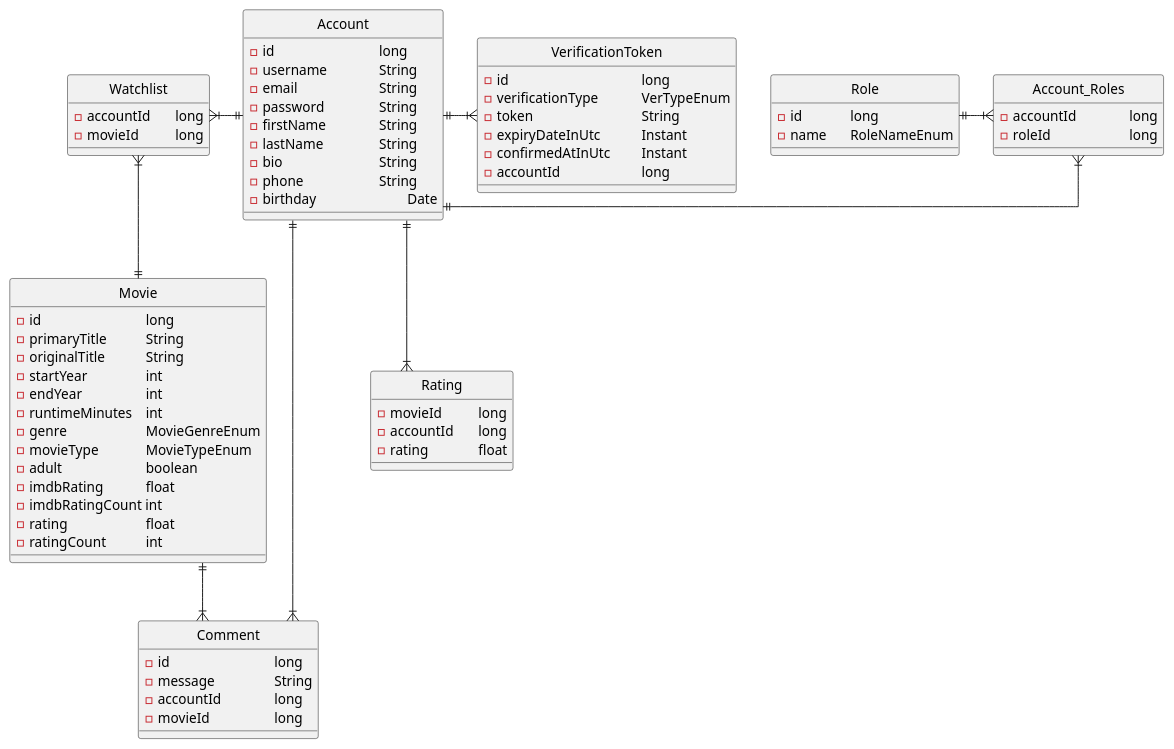
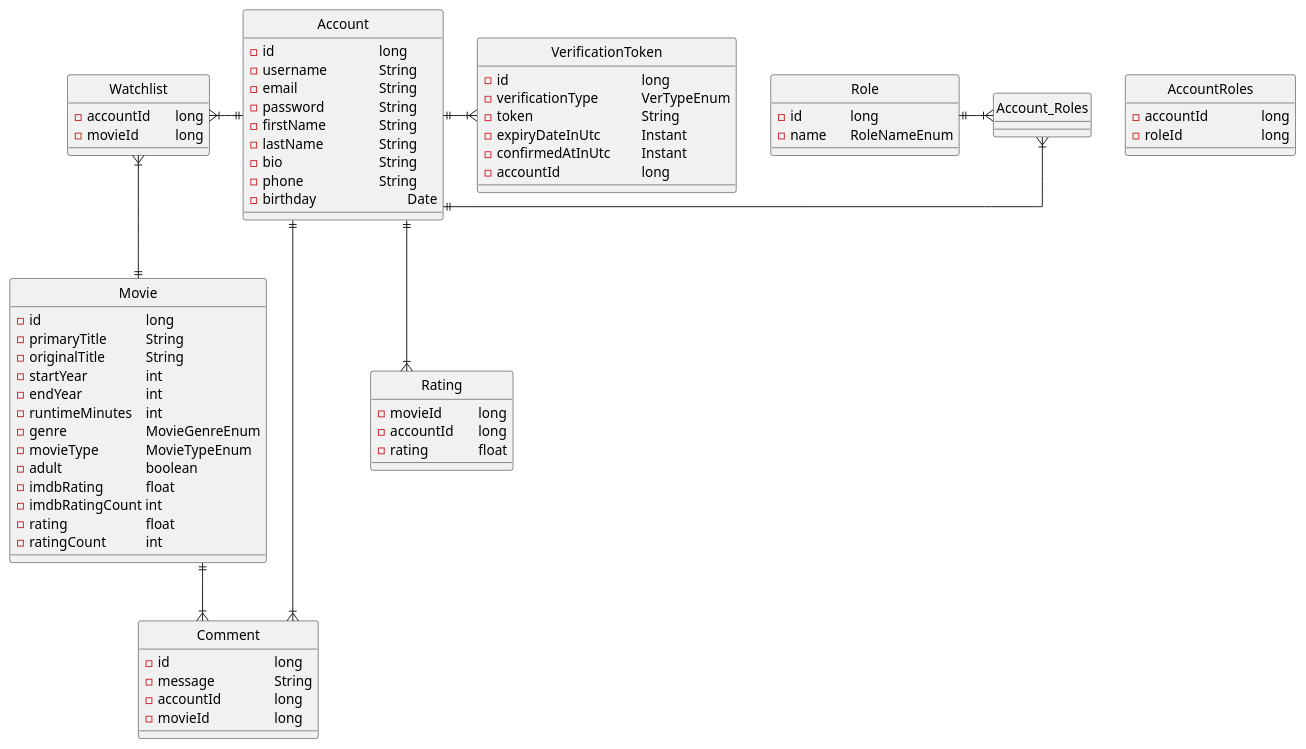
One commit to NiklasTiede/imdb-clone changed the diagram in infrastructure/datamodel.puml. Above: the diagram before and after it, drawn with PlantUML. The commit also changed 2 other files, not shown here.

```diff
--- a/infrastructure/datamodel.puml
+++ b/infrastructure/datamodel.puml
@@ -1,83 +1,83 @@
 @startuml
 
 
 skinparam linetype polyline
 skinparam linetype ortho
 
 hide circle
 class Movie {
   - id \t\t\t\t long
   - primaryTitle \t\t String
   - originalTitle \t\t String
   - startYear \t\t int
   - endYear \t\t int
   - runtimeMinutes \t int
   - genre \t\t\t MovieGenreEnum
   - movieType \t\t MovieTypeEnum
   - adult \t\t\t boolean
   - imdbRating \t\t float
   - imdbRatingCount int
   - rating \t\t\t float
   - ratingCount \t\t int
 }
 
 class Account {
   - id \t\t\t\t long
   - username \t\t String
   - email \t\t\t String
   - password \t\t String
   - firstName \t\t String
   - lastName \t\t String
   - bio \t\t\t\t String
   - phone \t\t\t String
   - birthday \t\t\t Date
 }
 
 class Rating {
   - movieId \t\t long
   - accountId \t long
   - rating \t\t float
 }
 
 class Comment {
   - id \t\t\t\t long
   - message \t\t String
   - accountId \t\t long
   - movieId \t\t\t long
 }
 
 class Watchlist {
   - accountId \t long
   - movieId \t\t long
 }
 
 class Role {
   - id \t\t long
   - name \t RoleNameEnum
 }
 
-class Account_Roles {
+class AccountRoles {
   - accountId \t\t long
   - roleId \t\t\t long
 }
 
 
 class VerificationToken {
   - id \t\t\t\t\t long
   - verificationType \t\t VerTypeEnum
   - token \t\t\t\t String
   - expiryDateInUtc \t\t Instant
   - confirmedAtInUtc \t Instant
   - accountId \t\t\t long
 }
 
 Account ||-down-|{ Rating
 Account ||-left-|{ Watchlist
 Account ||-right-|{ Comment
 Account ||-right-|{ Account_Roles
 Role ||-right-|{ Account_Roles
 Account ||-right-|{ VerificationToken
 Movie ||-down-|{ Comment
 Movie ||-up-|{ Watchlist
 
 @enduml
```
